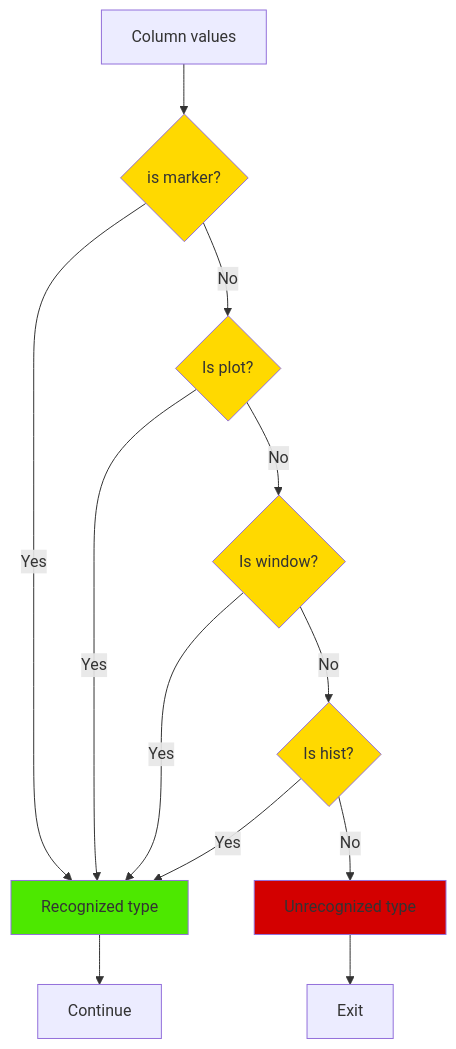
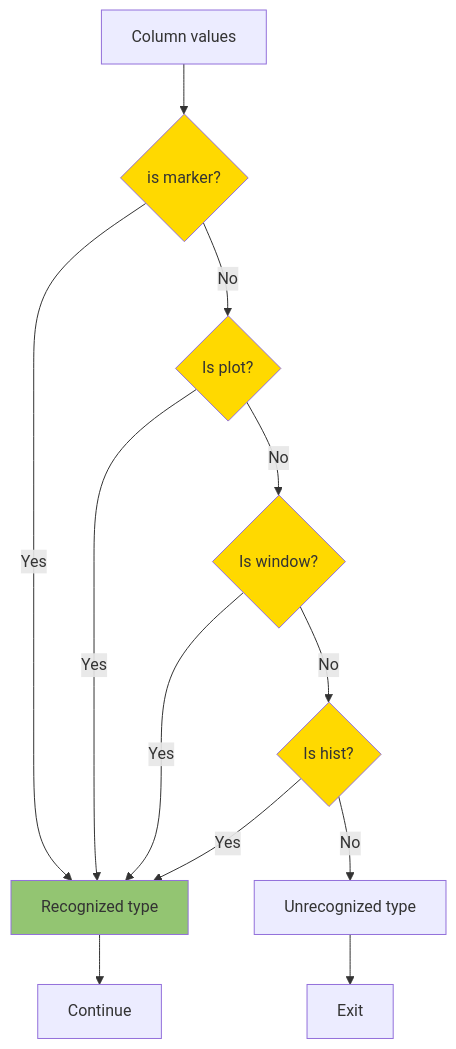
One commit to mahajrod/MCTool changed the first of 2 diagrams in documentation/tracks/track_format.md. Above: the diagram before and after it, drawn with Mermaid. The commit also changed other lines of this file, not shown here.

Commit message:
added cutting of a sheetname (due to Excel limit of 31 chars) to draw_macrosynteny.py

````diff
--- a/documentation/tracks/track_format.md
+++ b/documentation/tracks/track_format.md
@@ -72,20 +72,20 @@
 ```mermaid
 
 flowchart TD
     A[Column values] --> B{is marker?}:::BranchingType
     B -->|Yes| C[Recognized type]:::SucessType
     B -->|No| D{Is plot?}:::BranchingType
     D -->|Yes| C
     D -->|No| E{Is window?}:::BranchingType
     E -->|Yes| C
     E -->|No| F{Is hist?}:::BranchingType
     F -->|Yes| C
     F -->|No| G[Unrecognized type]:::FailType
     C --> I[Continue]
     G --> K[Exit]
     
-    classDef SucessType fill:#4De800,font-color:black
-    classDef FailType fill:#D30000,font-color:black
+    classDef SucessType fill:#93C572,font-color:black
+    classDef FailType fill:##F94449,font-color:black
     classDef ResultType fill:#60CEED,font-color:black
     classDef BranchingType fill:#FFD900,font-color:black
 ```
````
